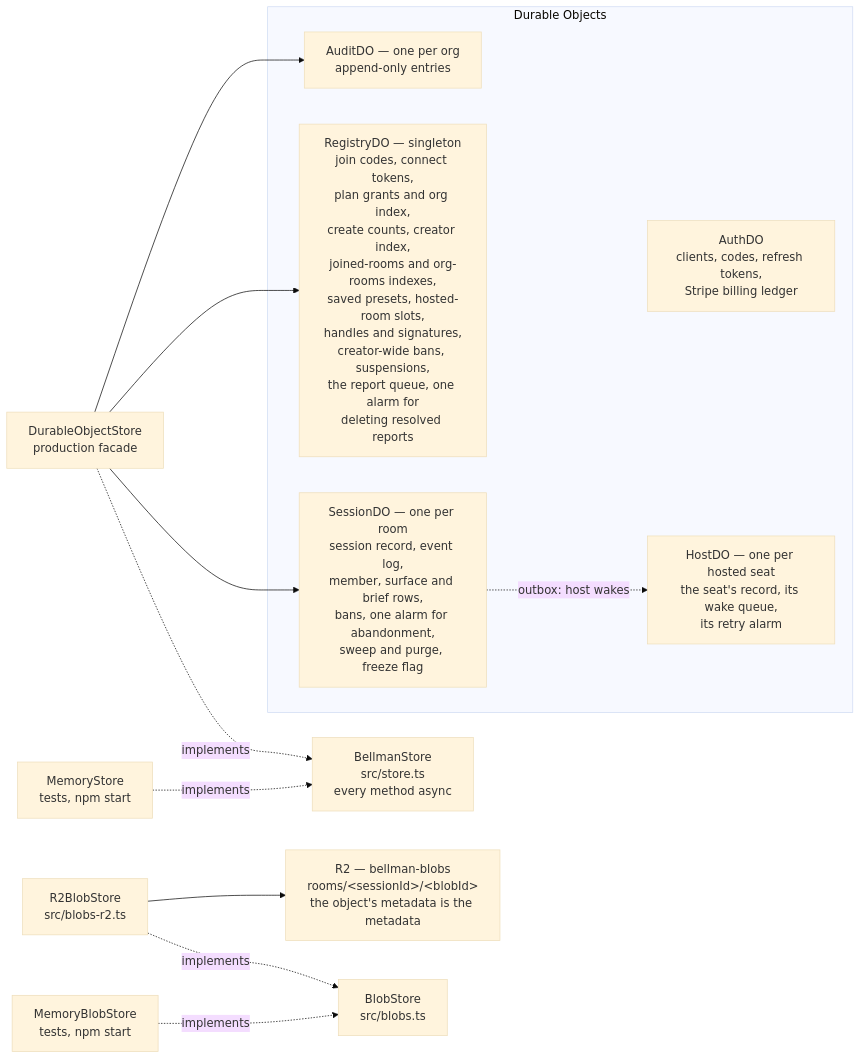
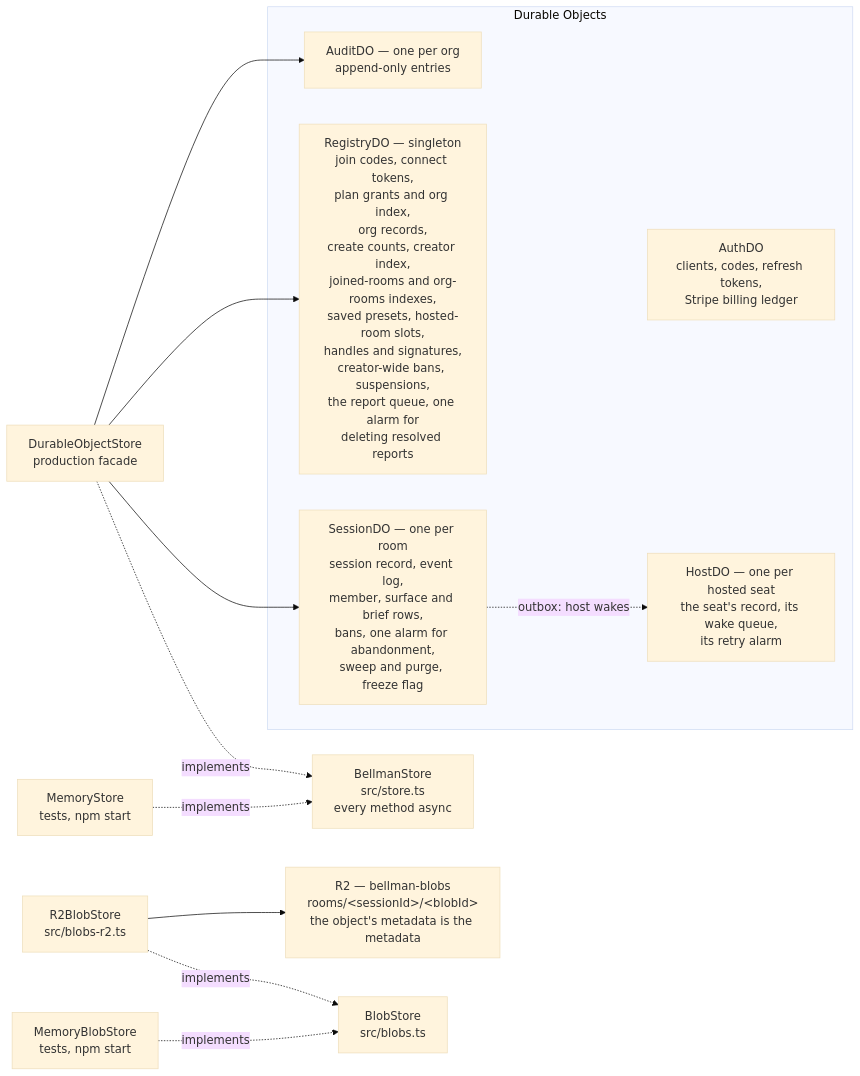
Before and after one commit to bellman-sh/bellman: the fourth of 7 diagrams in docs/ARCHITECTURE.md, drawn with Mermaid (base theme). The commit also changed other lines of this file and 5 other files, not shown here.

Commit message:
ADR 0023: an org is a record, and its members are its grants

````diff
--- a/docs/ARCHITECTURE.md
+++ b/docs/ARCHITECTURE.md
@@ -459,26 +459,26 @@
 ```mermaid
 flowchart LR
     BS["BellmanStore<br/>src/store.ts<br/>every method async"]
     MEM["MemoryStore<br/>tests, npm start"] -.implements.-> BS
     DOS["DurableObjectStore<br/>production facade"] -.implements.-> BS
 
     DOS --> SDO
     DOS --> RDO
     DOS --> ADO
 
     subgraph objects["Durable Objects"]
         SDO["SessionDO — one per room<br/>session record, event log,<br/>member, surface and brief rows,<br/>bans, one alarm for abandonment,<br/>sweep and purge, freeze flag"]
-        RDO["RegistryDO — singleton<br/>join codes, connect tokens,<br/>plan grants and org index,<br/>create counts, creator index,<br/>joined-rooms and org-rooms indexes,<br/>saved presets, hosted-room slots,<br/>handles and signatures,<br/>creator-wide bans, suspensions,<br/>the report queue, one alarm for<br/>deleting resolved reports"]
+        RDO["RegistryDO — singleton<br/>join codes, connect tokens,<br/>plan grants and org index,<br/>org records,<br/>create counts, creator index,<br/>joined-rooms and org-rooms indexes,<br/>saved presets, hosted-room slots,<br/>handles and signatures,<br/>creator-wide bans, suspensions,<br/>the report queue, one alarm for<br/>deleting resolved reports"]
         ADO["AuditDO — one per org<br/>append-only entries"]
         AUTH["AuthDO<br/>clients, codes, refresh tokens,<br/>Stripe billing ledger"]
         HDO["HostDO — one per hosted seat<br/>the seat's record, its wake queue,<br/>its retry alarm"]
     end
 
     SDO -.->|"outbox: host wakes"| HDO
 
     BLOB["BlobStore<br/>src/blobs.ts"]
     R2["R2 — bellman-blobs<br/>rooms/&lt;sessionId&gt;/&lt;blobId&gt;<br/>the object's metadata is the metadata"]
     MEMB["MemoryBlobStore<br/>tests, npm start"] -.implements.-> BLOB
     R2S["R2BlobStore<br/>src/blobs-r2.ts"] -.implements.-> BLOB
     R2S --> R2
 ```
````
